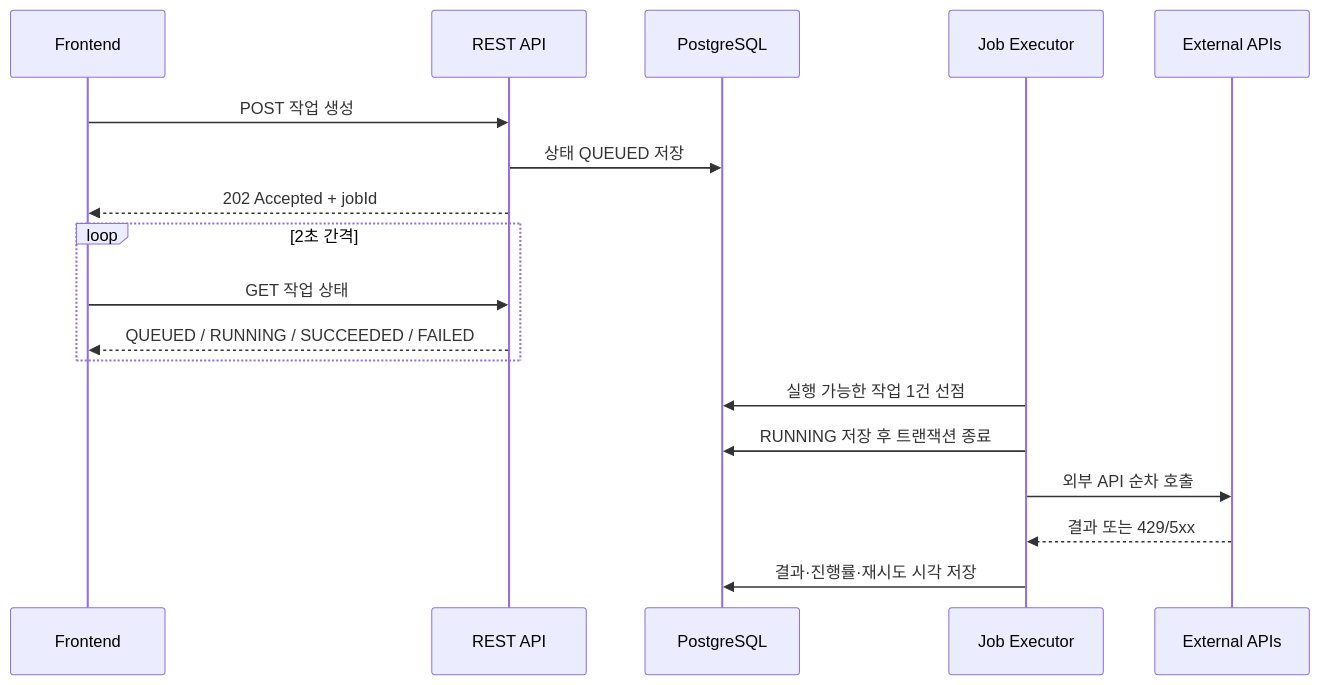
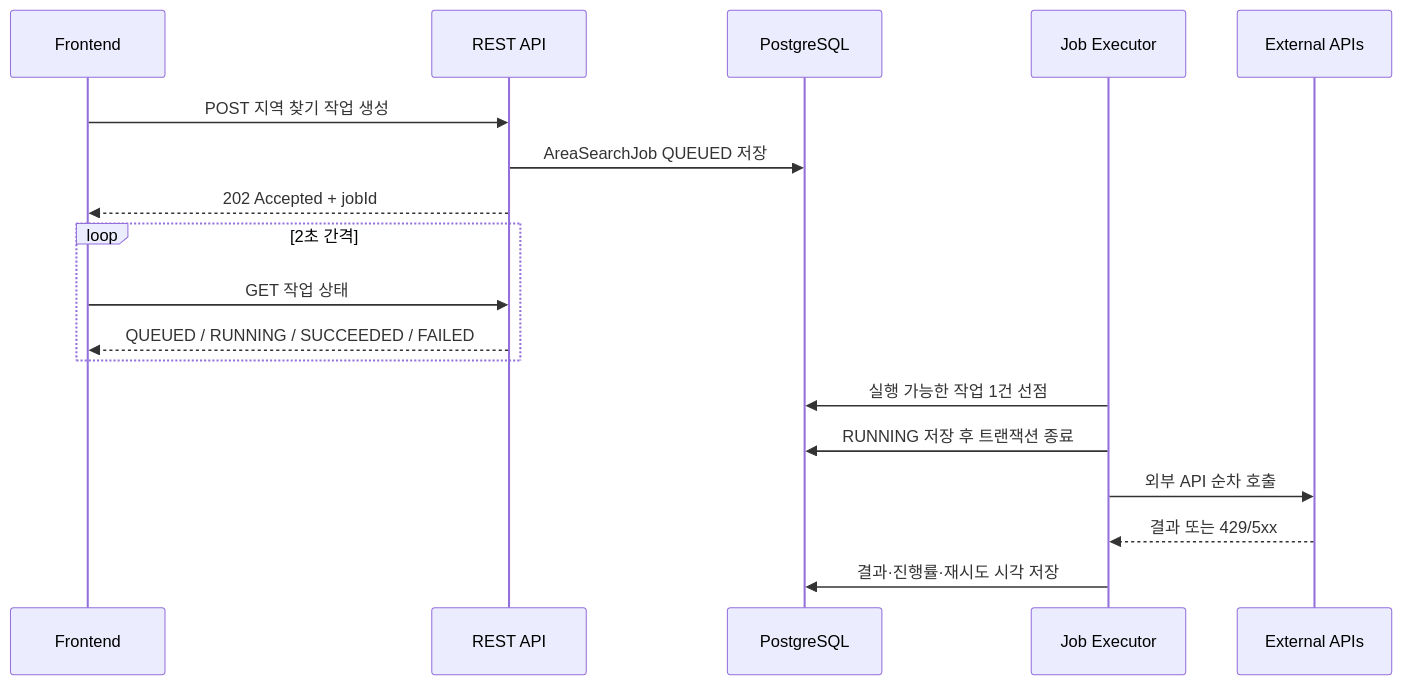
The third of 4 diagrams in specs/시스템아키텍처_v1.0.md (2026-Siheung-SW-Bootcamp-Team-D/docs), drawn with Mermaid before and after one commit. The commit also changed other lines of this file and 3 other files, not shown here.

Commit message:
docs: 문서 최신화 및 ERD 설계

````diff
--- a/specs/시스템아키텍처_v1.0.md
+++ b/specs/시스템아키텍처_v1.0.md
@@ -229,21 +230,21 @@
 ```mermaid
 sequenceDiagram
     participant FE as Frontend
     participant API as REST API
     participant DB as PostgreSQL
     participant JOB as Job Executor
     participant EXT as External APIs
 
-    FE->>API: POST 작업 생성
-    API->>DB: 상태 QUEUED 저장
+    FE->>API: POST 지역 찾기 작업 생성
+    API->>DB: AreaSearchJob QUEUED 저장
     API-->>FE: 202 Accepted + jobId
     loop 2초 간격
         FE->>API: GET 작업 상태
         API-->>FE: QUEUED / RUNNING / SUCCEEDED / FAILED
     end
     JOB->>DB: 실행 가능한 작업 1건 선점
     JOB->>DB: RUNNING 저장 후 트랜잭션 종료
     JOB->>EXT: 외부 API 순차 호출
     EXT-->>JOB: 결과 또는 429/5xx
     JOB->>DB: 결과·진행률·재시도 시각 저장
 ```
````
